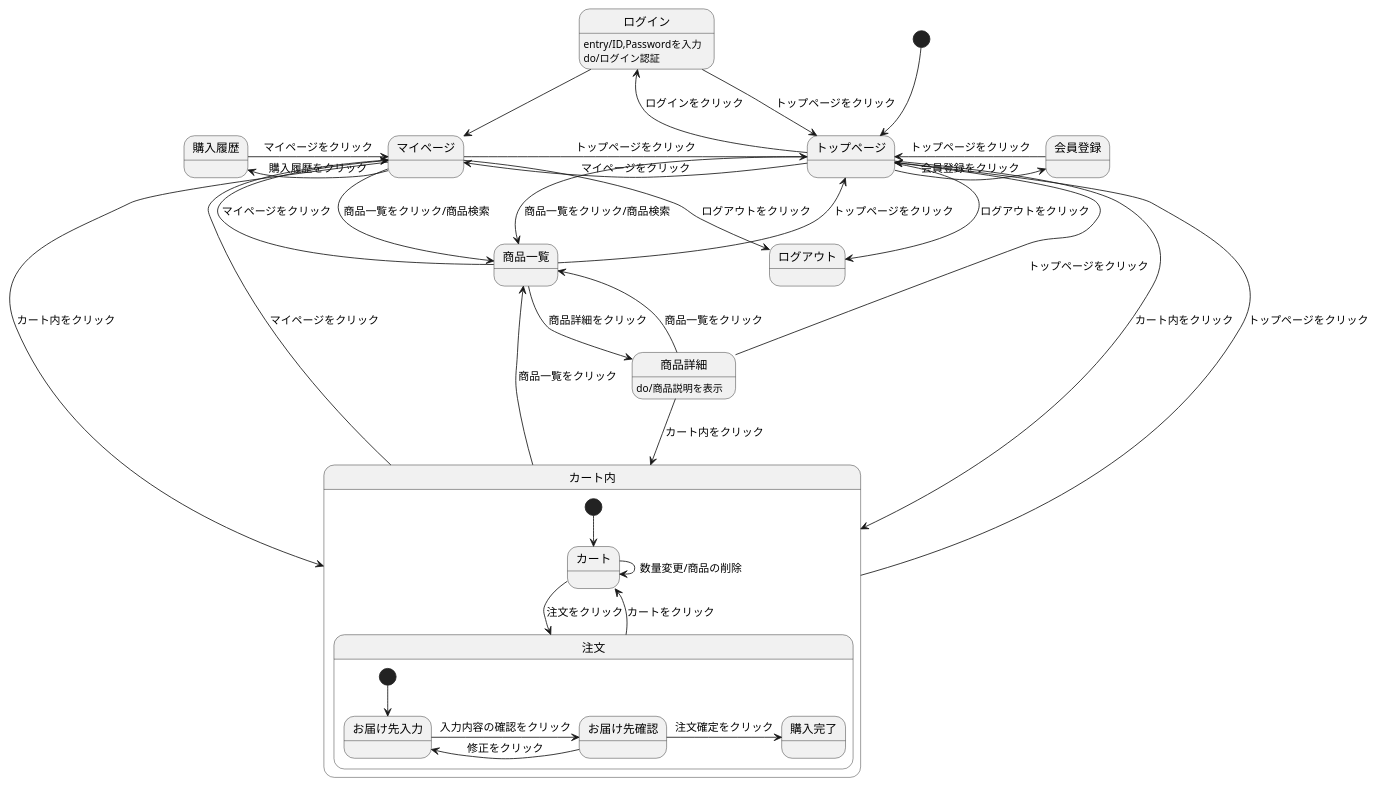
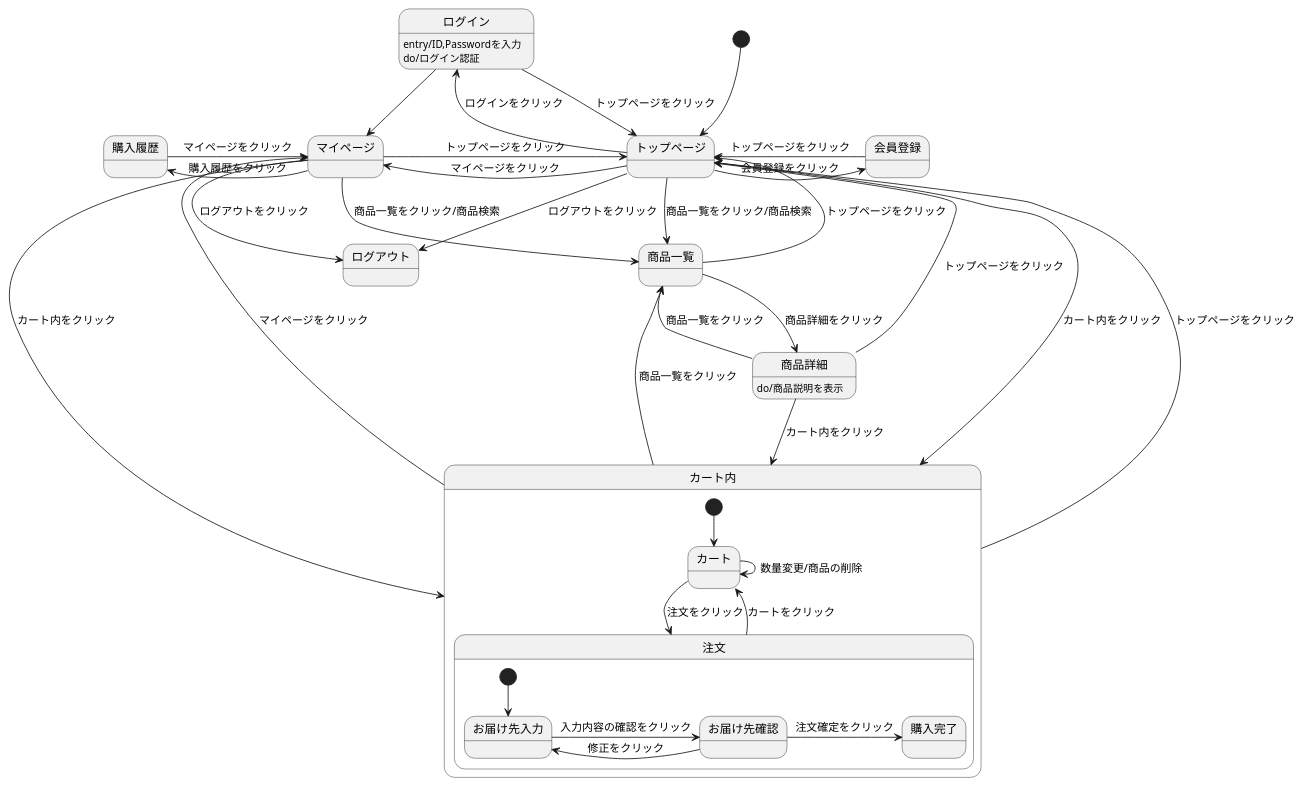
The diagram in Mypage(状態遷移図).md (Aso2001163/2021sys-design-2), drawn with PlantUML before and after one commit.

````diff
--- a/Mypage(状態遷移図).md
+++ b/Mypage(状態遷移図).md
@@ -1,45 +1,44 @@
 ```uml
 @startuml
 [*] --> トップページ
 トップページ -> 会員登録 : 会員登録をクリック
 会員登録 -> トップページ : トップページをクリック
 トップページ -left-> マイページ : マイページをクリック
 トップページ -left-> ログイン : ログインをクリック
 ログイン -> トップページ : トップページをクリック
 ログイン -down-> マイページ 
 ログイン:entry/ID,Passwordを入力
 ログイン:do/ログイン認証
 マイページ -> トップページ : トップページをクリック
 マイページ -down-> ログアウト : ログアウトをクリック
 マイページ -left-> 購入履歴 : 購入履歴をクリック
 マイページ -right-> 商品一覧 : 商品一覧をクリック/商品検索
 マイページ -down-> カート内 : カート内をクリック  
 購入履歴 -> マイページ : マイページをクリック
 トップページ --> 商品一覧 : 商品一覧をクリック/商品検索
 トップページ -> カート内 : カート内をクリック
 トップページ -> ログアウト : ログアウトをクリック
 商品一覧 -> トップページ : トップページをクリック
-商品一覧 -up-> マイページ : マイページをクリック 
 商品一覧 -> 商品詳細 : 商品詳細をクリック  
 商品詳細:do/商品説明を表示
 商品詳細 -down-> 商品一覧 : 商品一覧をクリック
 商品詳細 -down-> カート内 : カート内をクリック
 商品詳細 -up-> トップページ : トップページをクリック
 カート内 -> 商品一覧 : 商品一覧をクリック
 カート内 -up-> トップページ : トップページをクリック
 カート内 -up-> マイページ : マイページをクリック   
 
 state カート内 {
   [*] --> カート
   カート -down-> 注文 : 注文をクリック
   カート -> カート : 数量変更/商品の削除
   注文 -down-> カート : カートをクリック
   state 注文 {
     [*] --> お届け先入力
     お届け先入力 -> お届け先確認 : 入力内容の確認をクリック
     お届け先確認 -> お届け先入力 : 修正をクリック
     お届け先確認 -> 購入完了 : 注文確定をクリック
     }
  }
 @enduml
 ```
````
